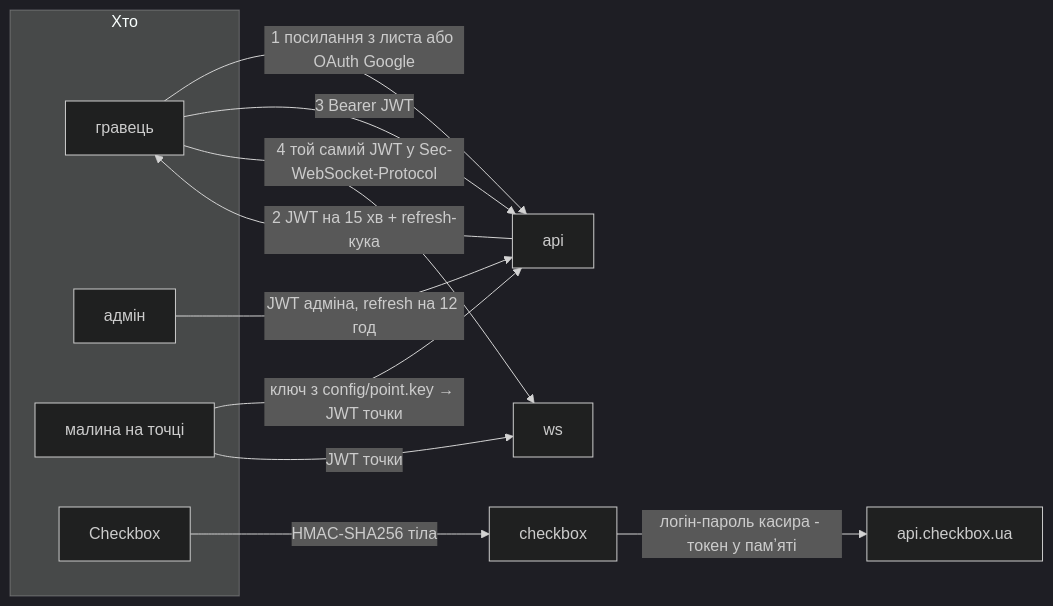
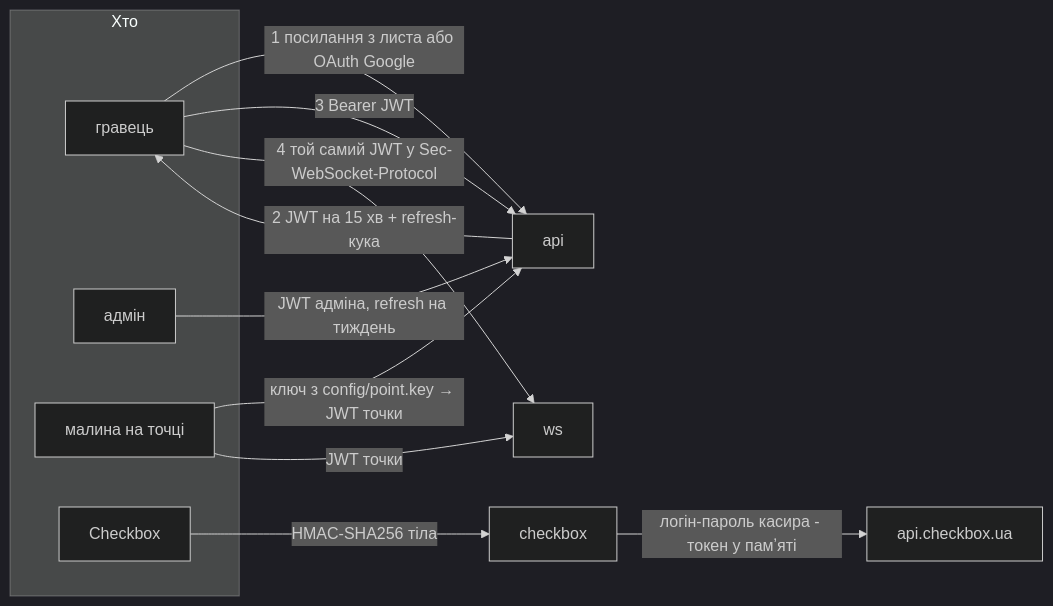
Before and after one commit to arsengoian/extrovert.cafe: the second of 2 diagrams in docs/services.md, drawn with Mermaid (dark theme). The commit also changed other lines of this file and 4 other files, not shown here.

````diff
--- a/docs/services.md
+++ b/docs/services.md
@@ -231,19 +231,19 @@
 ```mermaid
 graph LR
     subgraph who["Хто"]
         P["гравець"]
         A["адмін"]
         K["малина на точці"]
         CBX["Checkbox"]
     end
 
     P -->|"1 посилання з листа або OAuth Google"| API1["api"]
     API1 -->|"2 JWT на 15 хв + refresh-кука"| P
     P -->|"3 Bearer JWT"| API1
     P -->|"4 той самий JWT у Sec-WebSocket-Protocol"| WS1["ws"]
-    A -->|"JWT адміна, refresh на 12 год"| API1
+    A -->|"JWT адміна, refresh на тиждень"| API1
     K -->|"ключ з config/point.key → JWT точки"| API1
     K -->|"JWT точки"| WS1
     CBX -->|"HMAC-SHA256 тіла"| CB1["checkbox"]
     CB1 -->|"логін-пароль касира - токен у памʼяті"| CBAPI1["api.checkbox.ua"]
 ```
````
